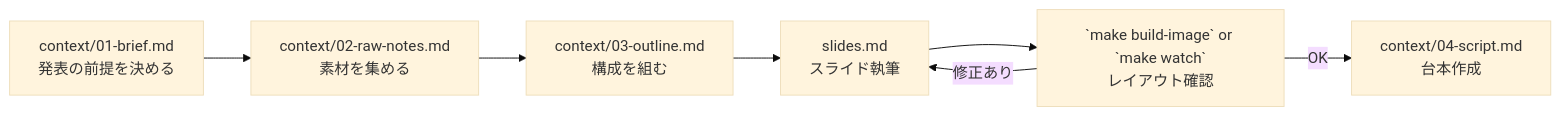
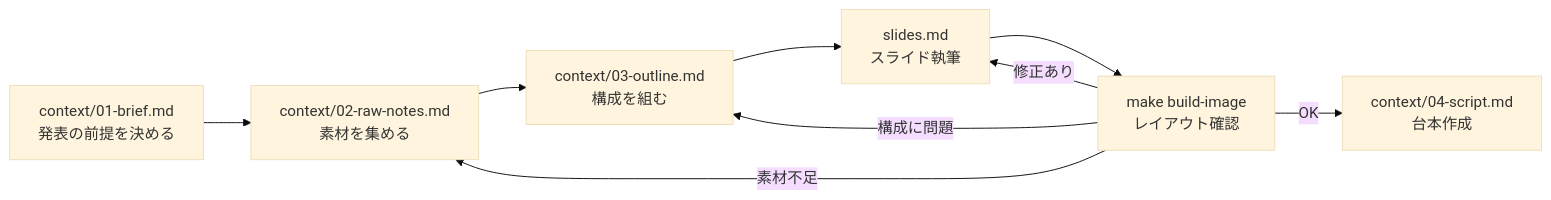
The diagram in AGENTS.md (RateteDev/slide-generate), drawn with Mermaid (base theme) before and after one commit. The commit also changed other lines of this file and 15 other files, not shown here.

````diff
--- a/AGENTS.md
+++ b/AGENTS.md
@@ -17,9 +17,11 @@
 ```mermaid
 flowchart LR
     A[context/01-brief.md<br>発表の前提を決める] --> B[context/02-raw-notes.md<br>素材を集める]
     B --> C[context/03-outline.md<br>構成を組む]
     C --> D[slides.md<br>スライド執筆]
-    D --> E[`make build-image` or `make watch`<br>レイアウト確認]
+    D --> E[make build-image<br>レイアウト確認]
     E -->|修正あり| D
+    E -->|構成に問題| C
+    E -->|素材不足| B
     E -->|OK| F[context/04-script.md<br>台本作成]
 ```
````
